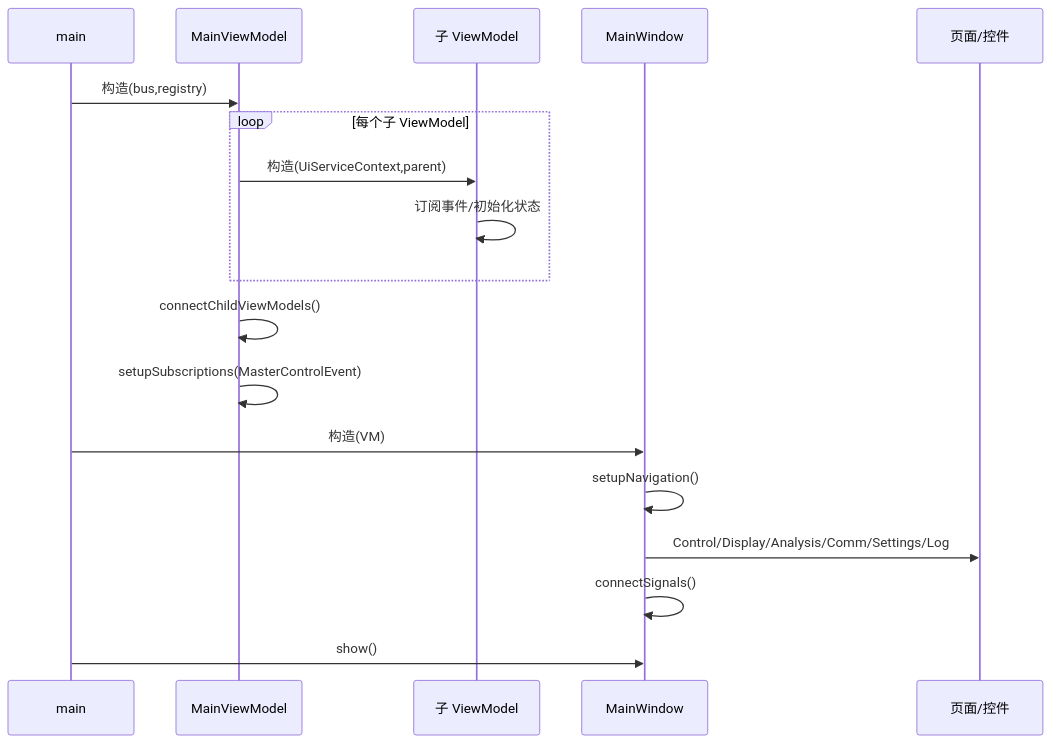
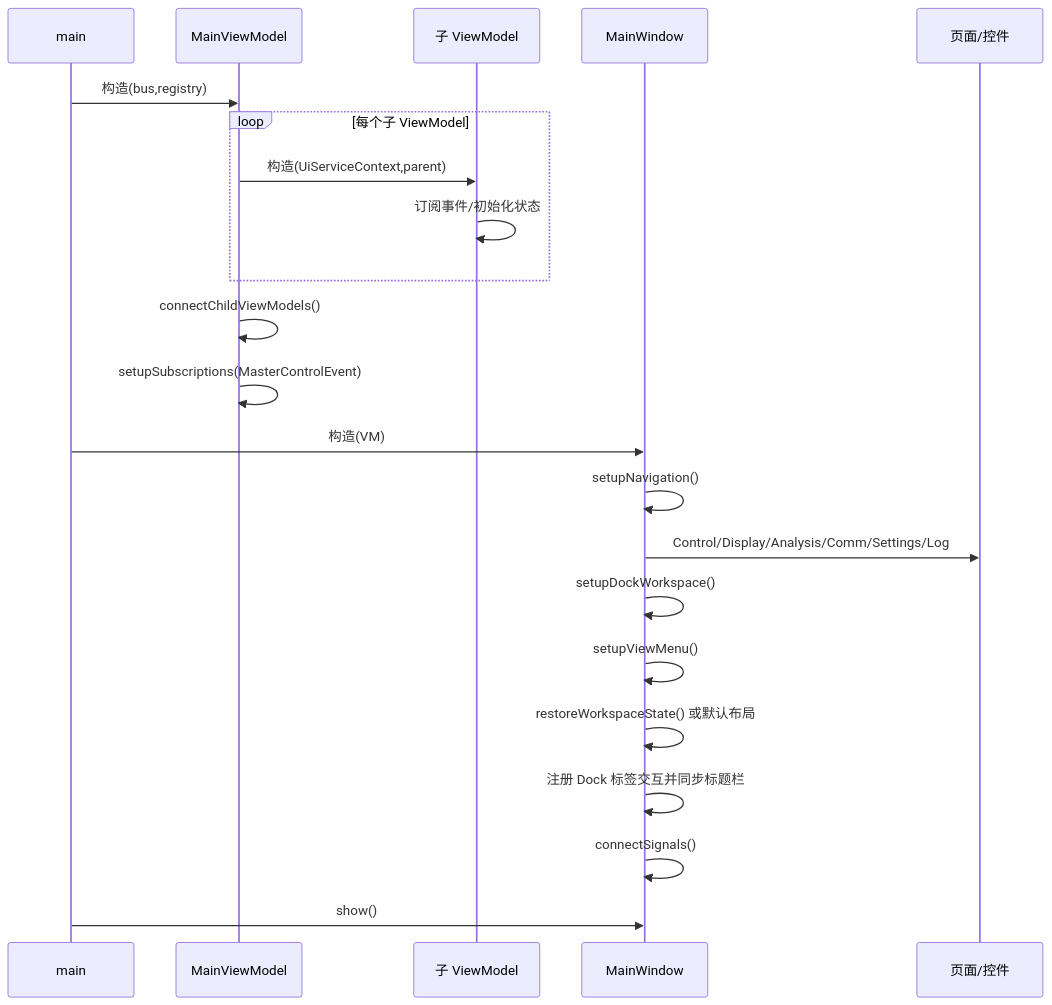
Before and after one commit to with-fair-wind/1mZGG: the third of 10 diagrams in docs/module-ui.md, drawn with Mermaid. The commit also changed other lines of this file and 5 other files, not shown here.

````diff
--- a/docs/module-ui.md
+++ b/docs/module-ui.md
@@ -234,21 +244,25 @@
 ```mermaid
 sequenceDiagram
     participant Main as main
     participant VM as MainViewModel
     participant Child as 子 ViewModel
     participant Win as MainWindow
     participant Page as 页面/控件
 
     Main->>VM: 构造(bus,registry)
     loop 每个子 ViewModel
         VM->>Child: 构造(UiServiceContext,parent)
         Child->>Child: 订阅事件/初始化状态
     end
     VM->>VM: connectChildViewModels()
     VM->>VM: setupSubscriptions(MasterControlEvent)
     Main->>Win: 构造(VM)
     Win->>Win: setupNavigation()
     Win->>Page: Control/Display/Analysis/Comm/Settings/Log
+    Win->>Win: setupDockWorkspace()
+    Win->>Win: setupViewMenu()
+    Win->>Win: restoreWorkspaceState() 或默认布局
+    Win->>Win: 注册 Dock 标签交互并同步标题栏
     Win->>Win: connectSignals()
     Main->>Win: show()
 ```
````
